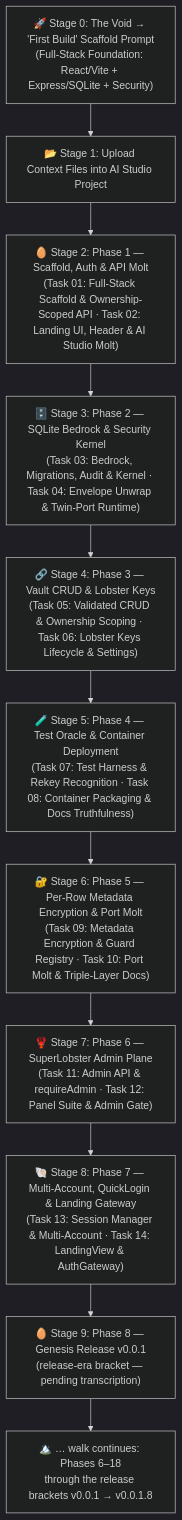
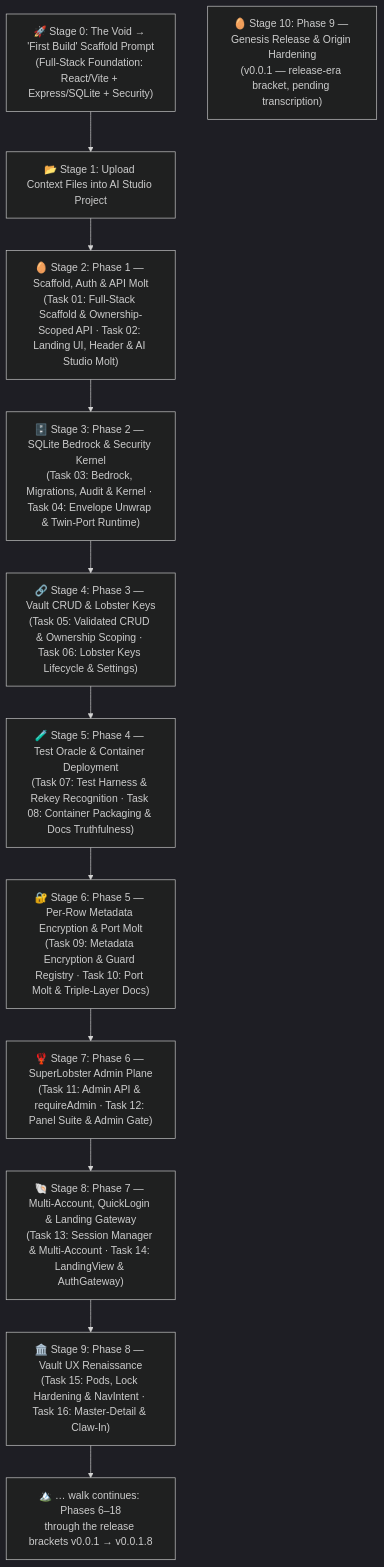
One commit to ClawStackStudios/ShellGuard changed the diagram in project/meta-prompt-ai-studio.md. Above: the diagram before and after it, drawn with Mermaid (dark theme). The commit also changed other lines of this file and 2 other files, not shown here.

First line of the commit message:
docs: transcribe Phase 8 - Vault UX Renaissance

````diff
--- a/project/meta-prompt-ai-studio.md
+++ b/project/meta-prompt-ai-studio.md
@@ -16,25 +16,26 @@
 ```mermaid
 flowchart TD
     Step0["🚀 Stage 0: The Void → 'First Build' Scaffold Prompt<br/>(Full-Stack Foundation: React/Vite + Express/SQLite + Security)"]
     UploadContext["📂 Stage 1: Upload Context Files into AI Studio Project"]
     Phase1["🥚 Stage 2: Phase 1 — Scaffold, Auth & API Molt<br/>(Task 01: Full-Stack Scaffold & Ownership-Scoped API · Task 02: Landing UI, Header & AI Studio Molt)"]
     Phase2["🗄️ Stage 3: Phase 2 — SQLite Bedrock & Security Kernel<br/>(Task 03: Bedrock, Migrations, Audit & Kernel · Task 04: Envelope Unwrap & Twin-Port Runtime)"]
     Phase3["🔗 Stage 4: Phase 3 — Vault CRUD & Lobster Keys<br/>(Task 05: Validated CRUD & Ownership Scoping · Task 06: Lobster Keys Lifecycle & Settings)"]
     Phase4["🧪 Stage 5: Phase 4 — Test Oracle & Container Deployment<br/>(Task 07: Test Harness & Rekey Recognition · Task 08: Container Packaging & Docs Truthfulness)"]
     Phase5["🔐 Stage 6: Phase 5 — Per-Row Metadata Encryption & Port Molt<br/>(Task 09: Metadata Encryption & Guard Registry · Task 10: Port Molt & Triple-Layer Docs)"]
     Phase6["🦞 Stage 7: Phase 6 — SuperLobster Admin Plane<br/>(Task 11: Admin API & requireAdmin · Task 12: Panel Suite & Admin Gate)"]
     Phase7["🐚 Stage 8: Phase 7 — Multi-Account, QuickLogin & Landing Gateway<br/>(Task 13: Session Manager & Multi-Account · Task 14: LandingView & AuthGateway)"]
-    Phase8["🥚 Stage 9: Phase 8 — Genesis Release v0.0.1<br/>(release-era bracket — pending transcription)"]
+    Phase8["🏛️ Stage 9: Phase 8 — Vault UX Renaissance<br/>(Task 15: Pods, Lock Hardening & NavIntent · Task 16: Master-Detail & Claw-In)"]
+    Phase9["🥚 Stage 10: Phase 9 — Genesis Release & Origin Hardening<br/>(v0.0.1 — release-era bracket, pending transcription)"]
     Summit["🏔️ … walk continues: Phases 6–18<br/>through the release brackets v0.0.1 → v0.0.1.8"]
 
     Step0 --> UploadContext
     UploadContext --> Phase1
     Phase1 --> Phase2
     Phase2 --> Phase3
     Phase3 --> Phase4
     Phase4 --> Phase5
     Phase5 --> Phase6
     Phase6 --> Phase7
     Phase7 --> Phase8
     Phase8 --> Summit
 ```
````
